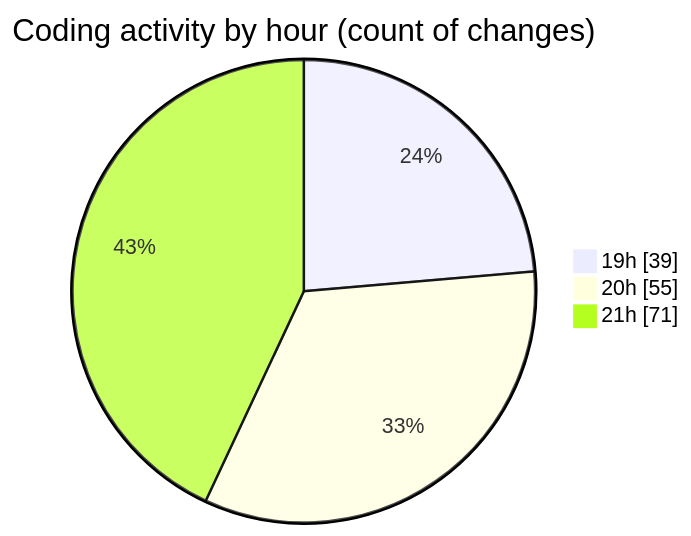
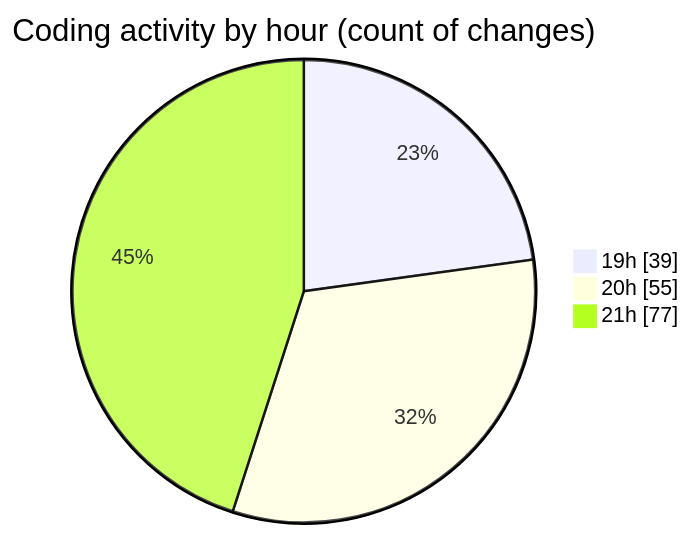
One commit to momahboobian/code-tracking changed the second of 2 diagrams in 2026-06-16/cda/README.md. Above: the diagram before and after it, drawn with Mermaid. The commit also changed other lines of this file and 1 other file, not shown here.

````diff
--- a/2026-06-16/cda/README.md
+++ b/2026-06-16/cda/README.md
@@ -86,7 +86,7 @@
 ```mermaid
 pie showData
 title Coding activity by hour (count of changes)
 "19h" : 39
 "20h" : 55
-"21h" : 71
+"21h" : 77
 ```
````
